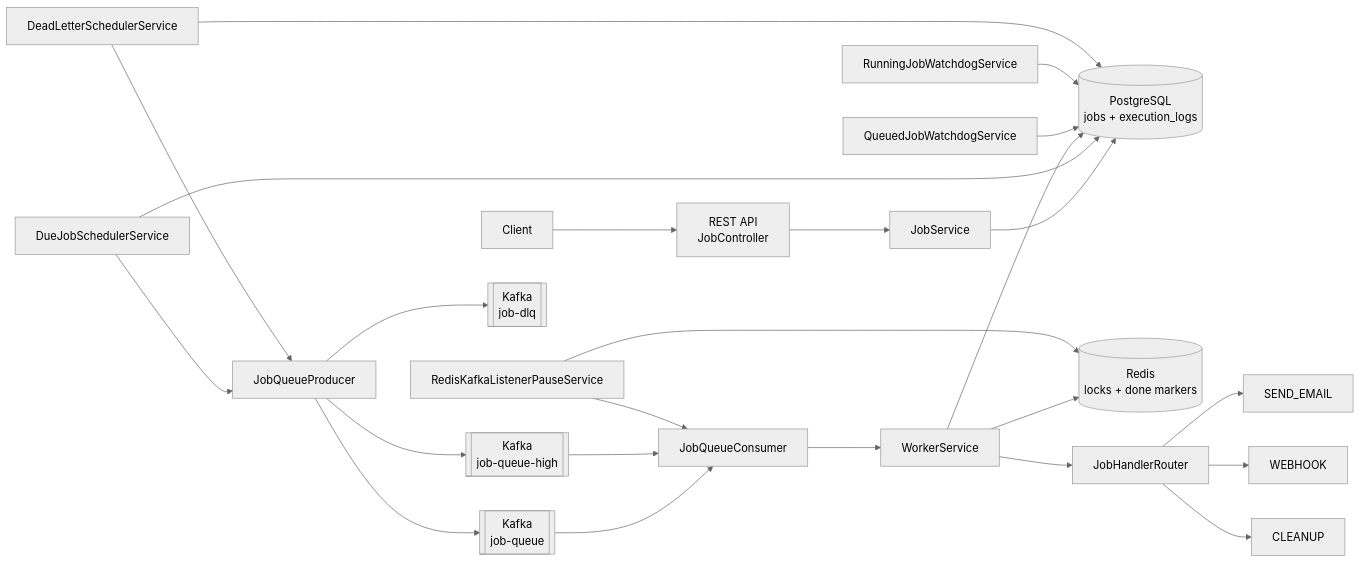
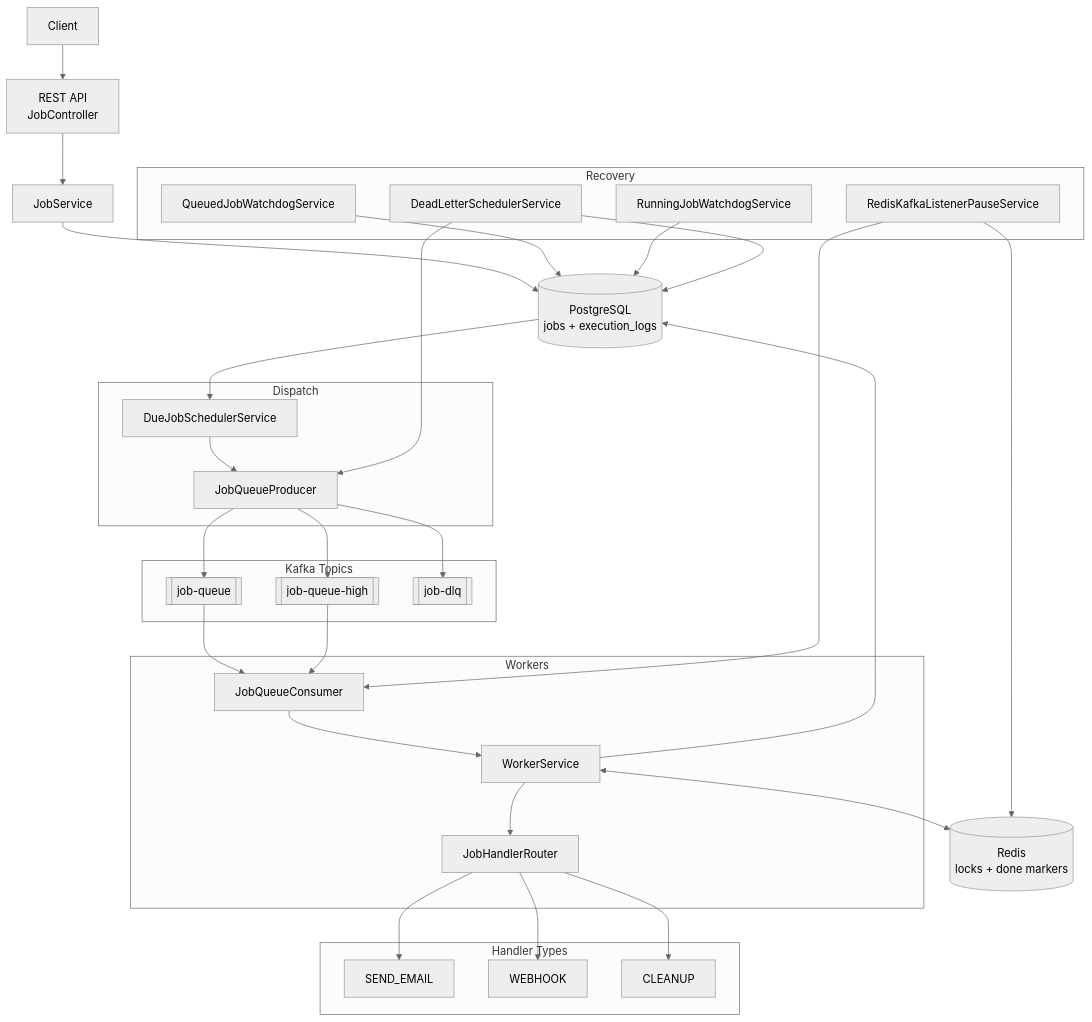
Before and after one commit to harshithrao07/distributed-scheduler: the first of 10 diagrams in Readme.md, drawn with Mermaid (neutral theme). The commit also changed other lines of this file, not shown here.

````diff
--- a/Readme.md
+++ b/Readme.md
@@ -11,31 +30,63 @@
 ```mermaid
-flowchart LR
-    client["Client"] --> api["REST API<br/>JobController"]
-    api --> jobService["JobService"]
-    jobService --> postgres[("PostgreSQL<br/>jobs + execution_logs")]
+flowchart TD
+    client["Client"]
+    api["REST API<br/>JobController"]
+    jobService["JobService"]
+    postgres[("PostgreSQL<br/>jobs + execution_logs")]
 
-    scheduler["DueJobSchedulerService"] --> postgres
-    scheduler --> producer["JobQueueProducer"]
-    producer --> kafkaMain[["Kafka<br/>job-queue"]]
-    producer --> kafkaHigh[["Kafka<br/>job-queue-high"]]
+    client --> api --> jobService --> postgres
 
-    kafkaMain --> consumer["JobQueueConsumer"]
+    subgraph Dispatch
+        scheduler["DueJobSchedulerService"]
+        producer["JobQueueProducer"]
+    end
+
+    postgres --> scheduler --> producer
+
+    subgraph Kafka Topics
+        kafkaMain[["job-queue"]]
+        kafkaHigh[["job-queue-high"]]
+        dlq[["job-dlq"]]
+    end
+
+    producer --> kafkaMain
+    producer --> kafkaHigh
+    producer --> dlq
+
+    subgraph Workers
+        consumer["JobQueueConsumer"]
+        worker["WorkerService"]
+        handlers["JobHandlerRouter"]
+    end
+
+    kafkaMain --> consumer
     kafkaHigh --> consumer
-    consumer --> worker["WorkerService"]
+    consumer --> worker --> handlers
 
-    worker --> redis[("Redis<br/>locks + done markers")]
-    worker --> handlers["JobHandlerRouter"]
-    handlers --> email["SEND_EMAIL"]
-    handlers --> webhook["WEBHOOK"]
-    handlers --> cleanup["CLEANUP"]
+    subgraph Handler Types
+        email["SEND_EMAIL"]
+        webhook["WEBHOOK"]
+        cleanup["CLEANUP"]
+    end
+
+    handlers --> email
+    handlers --> webhook
+    handlers --> cleanup
+
     worker --> postgres
+    worker <--> redis[("Redis<br/>locks + done markers")]
 
-    queuedWatchdog["QueuedJobWatchdogService"] --> postgres
-    runningWatchdog["RunningJobWatchdogService"] --> postgres
-    dlqScheduler["DeadLetterSchedulerService"] --> postgres
+    subgraph Recovery
+        queuedWatchdog["QueuedJobWatchdogService"]
+        runningWatchdog["RunningJobWatchdogService"]
+        dlqScheduler["DeadLetterSchedulerService"]
+        redisMonitor["RedisKafkaListenerPauseService"]
+    end
+
+    queuedWatchdog --> postgres
+    runningWatchdog --> postgres
+    dlqScheduler --> postgres
     dlqScheduler --> producer
-    producer --> dlq[["Kafka<br/>job-dlq"]]
-
-    redisMonitor["RedisKafkaListenerPauseService"] --> redis
+    redisMonitor --> redis
     redisMonitor --> consumer
 ```
````
